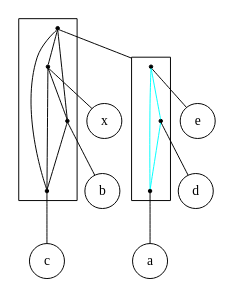
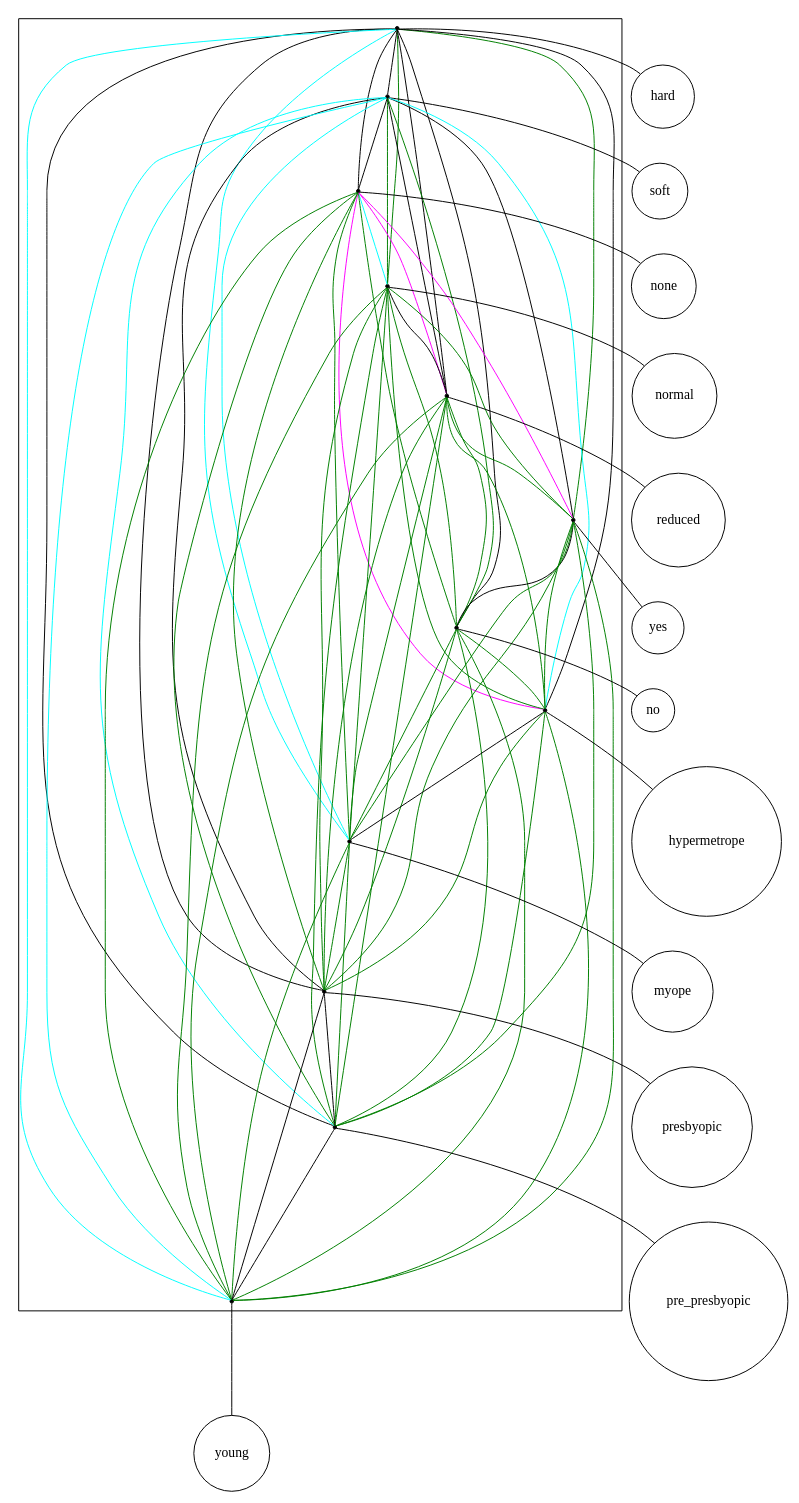
The diagram in src/final/exponential_2-structure.dot (lrodrin/TFG), drawn with Graphviz before and after one commit. The commit also changed 13 other files, not shown here.

```diff
--- a/src/final/exponential_2-structure.dot
+++ b/src/final/exponential_2-structure.dot
@@ -1,37 +1,101 @@
-digraph "exponential_2-structure" {
+strict digraph "exponential_2-structure" {
 compound=true;
 fontname=Verdana;
 fontsize=12;
 newrank=true;
 node [shape=circle];
-x;
-b;
-c;
-e;
-d;
-a;
-subgraph cluster_xbdcae {
+hard;
+soft;
+none;
+normal;
+reduced;
+yes;
+no;
+hypermetrope;
+myope;
+presbyopic;
+pre_presbyopic;
+young;
+subgraph cluster_reducednonesoftmyopepresbyopicnonormalyoungpre_presbyopichardyeshypermetrope {
 node [shape=point];
-s_ead -> s_x  [color=black, arrowhead=none];
-s_ead -> s_b  [color=black, arrowhead=none];
-s_ead -> s_c  [color=black, arrowhead=none];
-s_x -> s_b  [color=black, arrowhead=none];
-s_x -> s_c  [color=black, arrowhead=none];
-s_b -> s_c  [color=black, arrowhead=none];
+s_hard -> s_soft  [color=black, arrowhead=none];
+s_hard -> s_none  [color=black, arrowhead=none];
+s_hard -> s_normal  [color=green, arrowhead=none];
+s_hard -> s_reduced  [color=black, arrowhead=none];
+s_hard -> s_yes  [color=green, arrowhead=none];
+s_hard -> s_no  [color=black, arrowhead=none];
+s_hard -> s_hypermetrope  [color=black, arrowhead=none];
+s_hard -> s_myope  [color=cyan, arrowhead=none];
+s_hard -> s_presbyopic  [color=black, arrowhead=none];
+s_hard -> s_pre_presbyopic  [color=black, arrowhead=none];
+s_hard -> s_young  [color=cyan, arrowhead=none];
+s_soft -> s_none  [color=black, arrowhead=none];
+s_soft -> s_normal  [color=green, arrowhead=none];
+s_soft -> s_reduced  [color=black, arrowhead=none];
+s_soft -> s_yes  [color=black, arrowhead=none];
+s_soft -> s_no  [color=green, arrowhead=none];
+s_soft -> s_hypermetrope  [color=cyan, arrowhead=none];
+s_soft -> s_myope  [color=cyan, arrowhead=none];
+s_soft -> s_presbyopic  [color=black, arrowhead=none];
+s_soft -> s_pre_presbyopic  [color=cyan, arrowhead=none];
+s_soft -> s_young  [color=cyan, arrowhead=none];
+s_none -> s_normal  [color=cyan, arrowhead=none];
+s_none -> s_reduced  [color=magenta, arrowhead=none];
+s_none -> s_yes  [color=magenta, arrowhead=none];
+s_none -> s_no  [color=green, arrowhead=none];
+s_none -> s_hypermetrope  [color=magenta, arrowhead=none];
+s_none -> s_myope  [color=green, arrowhead=none];
+s_none -> s_presbyopic  [color=green, arrowhead=none];
+s_none -> s_pre_presbyopic  [color=green, arrowhead=none];
+s_none -> s_young  [color=green, arrowhead=none];
+s_normal -> s_reduced  [color=black, arrowhead=none];
+s_normal -> s_yes  [color=green, arrowhead=none];
+s_normal -> s_no  [color=green, arrowhead=none];
+s_normal -> s_hypermetrope  [color=green, arrowhead=none];
+s_normal -> s_myope  [color=green, arrowhead=none];
+s_normal -> s_presbyopic  [color=green, arrowhead=none];
+s_normal -> s_pre_presbyopic  [color=green, arrowhead=none];
+s_normal -> s_young  [color=green, arrowhead=none];
+s_reduced -> s_yes  [color=green, arrowhead=none];
+s_reduced -> s_no  [color=green, arrowhead=none];
+s_reduced -> s_hypermetrope  [color=green, arrowhead=none];
+s_reduced -> s_myope  [color=green, arrowhead=none];
+s_reduced -> s_presbyopic  [color=green, arrowhead=none];
+s_reduced -> s_pre_presbyopic  [color=green, arrowhead=none];
+s_reduced -> s_young  [color=green, arrowhead=none];
+s_yes -> s_no  [color=black, arrowhead=none];
+s_yes -> s_hypermetrope  [color=green, arrowhead=none];
+s_yes -> s_myope  [color=green, arrowhead=none];
+s_yes -> s_presbyopic  [color=green, arrowhead=none];
+s_yes -> s_pre_presbyopic  [color=green, arrowhead=none];
+s_yes -> s_young  [color=green, arrowhead=none];
+s_no -> s_hypermetrope  [color=green, arrowhead=none];
+s_no -> s_myope  [color=green, arrowhead=none];
+s_no -> s_presbyopic  [color=green, arrowhead=none];
+s_no -> s_pre_presbyopic  [color=green, arrowhead=none];
+s_no -> s_young  [color=green, arrowhead=none];
+s_hypermetrope -> s_myope  [color=black, arrowhead=none];
+s_hypermetrope -> s_presbyopic  [color=green, arrowhead=none];
+s_hypermetrope -> s_pre_presbyopic  [color=green, arrowhead=none];
+s_hypermetrope -> s_young  [color=green, arrowhead=none];
+s_myope -> s_presbyopic  [color=green, arrowhead=none];
+s_myope -> s_pre_presbyopic  [color=green, arrowhead=none];
+s_myope -> s_young  [color=green, arrowhead=none];
+s_presbyopic -> s_pre_presbyopic  [color=black, arrowhead=none];
+s_presbyopic -> s_young  [color=black, arrowhead=none];
+s_pre_presbyopic -> s_young  [color=black, arrowhead=none];
 }
 
-subgraph cluster_ead {
-node [shape=point];
-s_e -> s_d  [color=cyan, arrowhead=none];
-s_e -> s_a  [color=cyan, arrowhead=none];
-s_d -> s_a  [color=cyan, arrowhead=none];
+s_hard -> hard  [arrowhead=none];
+s_soft -> soft  [arrowhead=none];
+s_none -> none  [arrowhead=none];
+s_normal -> normal  [arrowhead=none];
+s_reduced -> reduced  [arrowhead=none];
+s_yes -> yes  [arrowhead=none];
+s_no -> no  [arrowhead=none];
+s_hypermetrope -> hypermetrope  [arrowhead=none];
+s_myope -> myope  [arrowhead=none];
+s_presbyopic -> presbyopic  [arrowhead=none];
+s_pre_presbyopic -> pre_presbyopic  [arrowhead=none];
+s_young -> young  [arrowhead=none];
 }
-
-s_ead -> s_e  [lhead=cluster_ead, arrowhead=none];
-s_x -> x  [arrowhead=none];
-s_b -> b  [arrowhead=none];
-s_c -> c  [arrowhead=none];
-s_e -> e  [arrowhead=none];
-s_d -> d  [arrowhead=none];
-s_a -> a  [arrowhead=none];
-}
```
